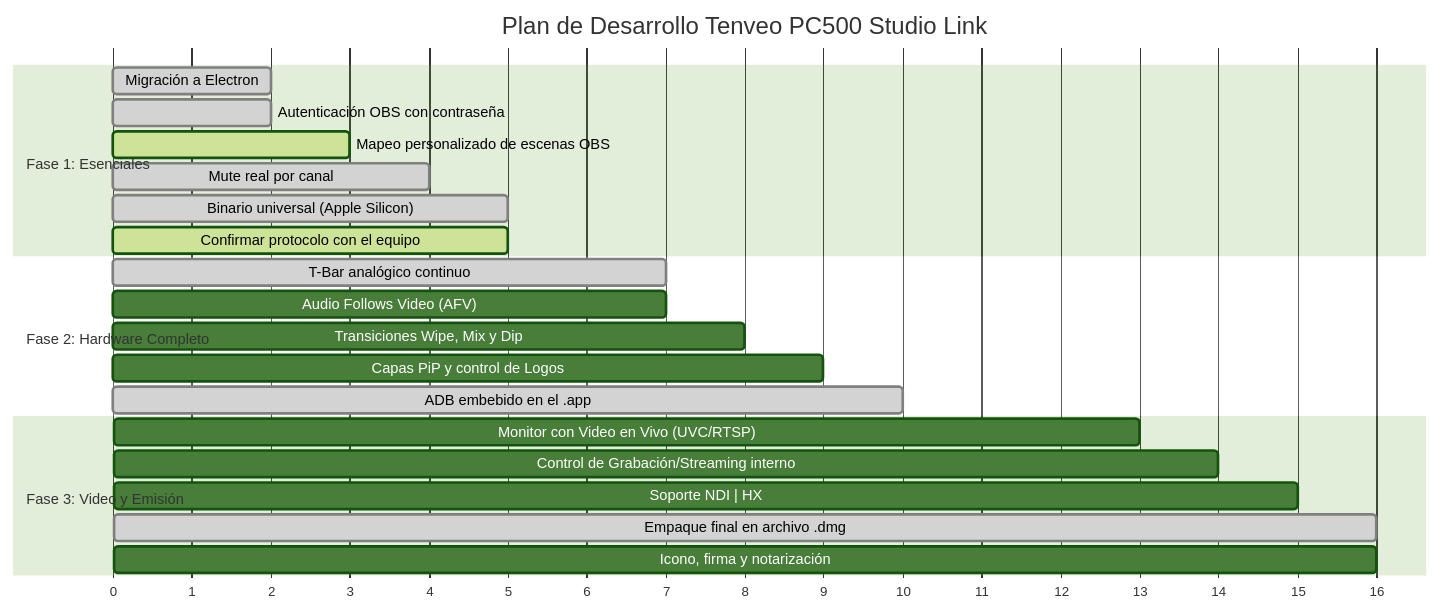
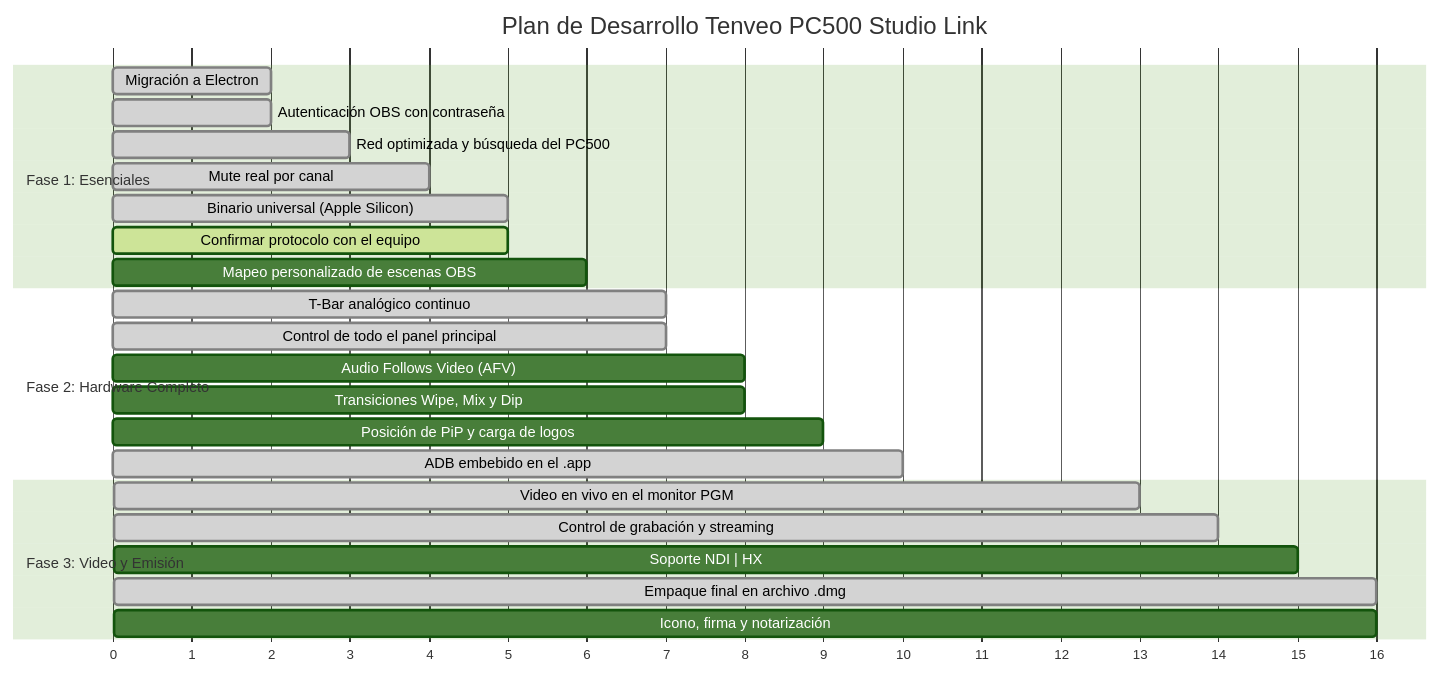
The diagram in PENDIENTES.md (ThePunisherBaby/VeController), drawn with Mermaid (forest theme) before and after one commit. The commit also changed other lines of this file and 41 other files, not shown here.

First line of the commit message:
Tenveo Studio 1.1.0: red optimizada, video en vivo e interfaz nueva

````diff
--- a/PENDIENTES.md
+++ b/PENDIENTES.md
@@ -98,28 +99,30 @@
 ```mermaid
 gantt
     title Plan de Desarrollo Tenveo PC500 Studio Link
     dateFormat  X
     axisFormat %s
 
     section Fase 1: Esenciales
     Migración a Electron                    :done, p0, 0, 2
     Autenticación OBS con contraseña        :done, p1, 0, 2
-    Mapeo personalizado de escenas OBS     :active, p2, 1, 3
+    Red optimizada y búsqueda del PC500     :done, p1b, 1, 3
     Mute real por canal                     :done, p3, 2, 4
     Binario universal (Apple Silicon)       :done, p4, 3, 5
     Confirmar protocolo con el equipo       :active, p4b, 3, 5
+    Mapeo personalizado de escenas OBS     :p2, 4, 6
 
     section Fase 2: Hardware Completo
     T-Bar analógico continuo                :done, p5, 4, 7
-    Audio Follows Video (AFV)               :p5b, 4, 7
+    Control de todo el panel principal      :done, p5c, 4, 7
+    Audio Follows Video (AFV)               :p5b, 5, 8
     Transiciones Wipe, Mix y Dip            :p6, 5, 8
-    Capas PiP y control de Logos            :p7, 6, 9
+    Posición de PiP y carga de logos        :p7, 6, 9
     ADB embebido en el .app                 :done, p8, 7, 10
 
     section Fase 3: Video y Emisión
-    Monitor con Video en Vivo (UVC/RTSP)    :p9, 9, 13
-    Control de Grabación/Streaming interno  :p10, 11, 14
+    Video en vivo en el monitor PGM         :done, p9, 9, 13
+    Control de grabación y streaming        :done, p10, 11, 14
     Soporte NDI | HX                        :p11, 12, 15
     Empaque final en archivo .dmg           :done, p12, 14, 16
     Icono, firma y notarización             :p13, 14, 16
 ```
````
